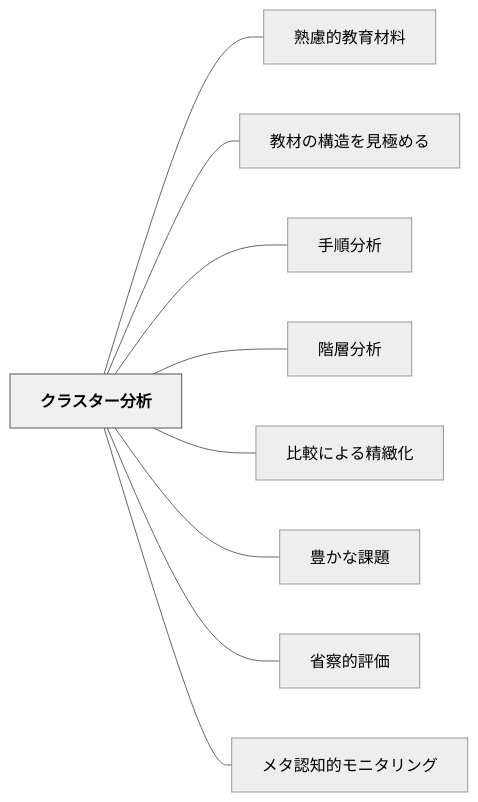
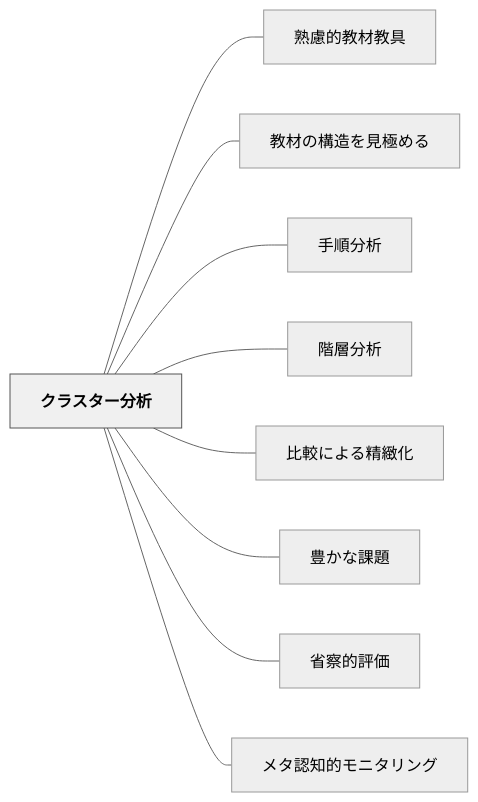
One commit to unknownthings-ed-patterns/unknownthings-ed-patterns changed the diagram in content/パタン/クラスター分析.md. Above: the diagram before and after it, drawn with Mermaid (neutral theme). The commit also changed other lines of this file and 72 other files, not shown here.

````diff
--- a/content/パタン/クラスター分析.md
+++ b/content/パタン/クラスター分析.md
@@ -49,24 +49,24 @@
 ```mermaid
 flowchart LR
     ne382afe383a9e382b9e382bfe383bce58886e69e90["クラスター分析"]
-    ne7869fe685aee79a84e69599e882b2e69d90e69699["熟慮的教育材料"]
+    ne7869fe685aee79a84e69599e69d90e69599e585b7["熟慮的教材教具"]
     ne69599e69d90e381aee6a78be980a0e38292e8a68be6a5b5e38281e3828b["教材の構造を見極める"]
     ne6898be9a086e58886e69e90["手順分析"]
     ne99a8ee5b1a4e58886e69e90["階層分析"]
     ne6af94e8bc83e381abe38288e3828be7b2bee7b7bbe58c96["比較による精緻化"]
     ne8b18ae3818be381aae8aab2e9a18c["豊かな課題"]
     ne79c81e5af9fe79a84e8a995e4bea1["省察的評価"]
     ne383a1e382bfe8aa8de79fa5e79a84e383a2e3838be382bfe383aae383b3e382b0["メタ認知的モニタリング"]
 
-    ne382afe383a9e382b9e382bfe383bce58886e69e90 --- ne7869fe685aee79a84e69599e882b2e69d90e69699
+    ne382afe383a9e382b9e382bfe383bce58886e69e90 --- ne7869fe685aee79a84e69599e69d90e69599e585b7
     ne382afe383a9e382b9e382bfe383bce58886e69e90 --- ne69599e69d90e381aee6a78be980a0e38292e8a68be6a5b5e38281e3828b
     ne382afe383a9e382b9e382bfe383bce58886e69e90 --- ne6898be9a086e58886e69e90
     ne382afe383a9e382b9e382bfe383bce58886e69e90 --- ne99a8ee5b1a4e58886e69e90
     ne382afe383a9e382b9e382bfe383bce58886e69e90 --- ne6af94e8bc83e381abe38288e3828be7b2bee7b7bbe58c96
     ne382afe383a9e382b9e382bfe383bce58886e69e90 --- ne8b18ae3818be381aae8aab2e9a18c
     ne382afe383a9e382b9e382bfe383bce58886e69e90 --- ne79c81e5af9fe79a84e8a995e4bea1
     ne382afe383a9e382b9e382bfe383bce58886e69e90 --- ne383a1e382bfe8aa8de79fa5e79a84e383a2e3838be382bfe383aae383b3e382b0
 
     classDef hub fill:#f0f0f0,stroke:#555,color:#000,font-weight:bold
     class ne382afe383a9e382b9e382bfe383bce58886e69e90 hub
 ```
````
